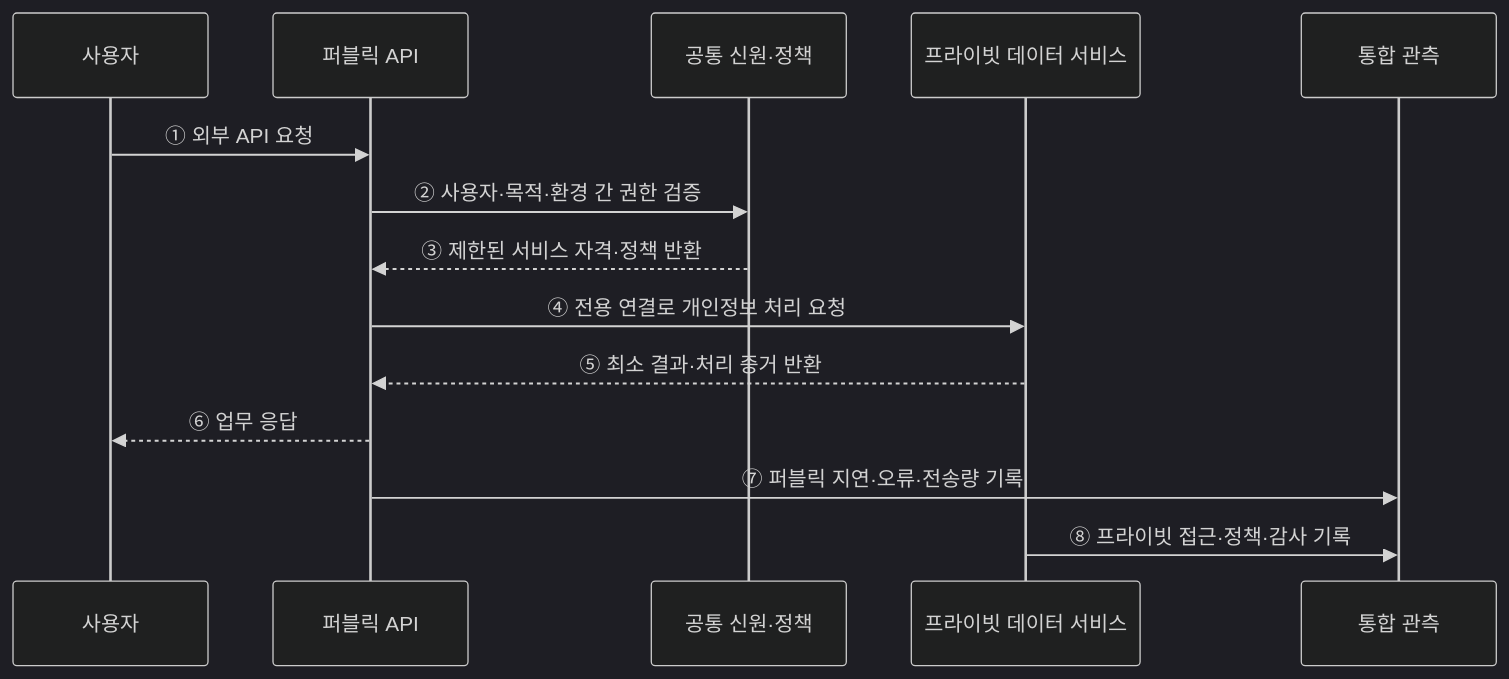
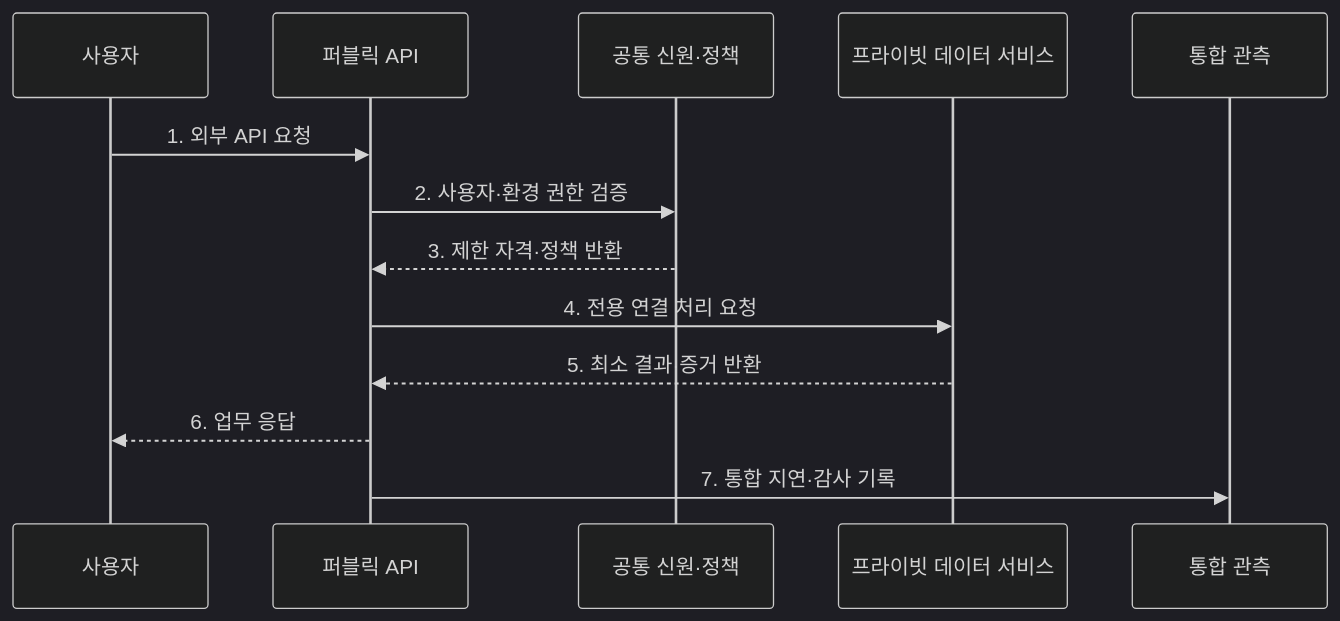
Before and after one commit to agnusdei1207/knowledge-base: the second of 2 diagrams in src/content/docs/notes/03-software/142_cloud_deployment_models.md, drawn with Mermaid (dark theme). The commit also changed other lines of this file and 20 other files, not shown here.

````diff
--- a/src/content/docs/notes/03-software/142_cloud_deployment_models.md
+++ b/src/content/docs/notes/03-software/142_cloud_deployment_models.md
@@ -73,16 +80,15 @@
 ```mermaid
 sequenceDiagram
     participant U as 사용자
     participant P as 퍼블릭 API
     participant I as 공통 신원·정책
     participant R as 프라이빗 데이터 서비스
     participant O as 통합 관측
-    U->>P: ① 외부 API 요청
-    P->>I: ② 사용자·목적·환경 간 권한 검증
-    I-->>P: ③ 제한된 서비스 자격·정책 반환
-    P->>R: ④ 전용 연결로 개인정보 처리 요청
-    R-->>P: ⑤ 최소 결과·처리 증거 반환
-    P-->>U: ⑥ 업무 응답
-    P->>O: ⑦ 퍼블릭 지연·오류·전송량 기록
-    R->>O: ⑧ 프라이빗 접근·정책·감사 기록
+    U->>P: 1. 외부 API 요청
+    P->>I: 2. 사용자·환경 권한 검증
+    I-->>P: 3. 제한 자격·정책 반환
+    P->>R: 4. 전용 연결 처리 요청
+    R-->>P: 5. 최소 결과·증거 반환
+    P-->>U: 6. 업무 응답
+    P->>O: 7. 통합 지연·감사 기록
 ```
````
